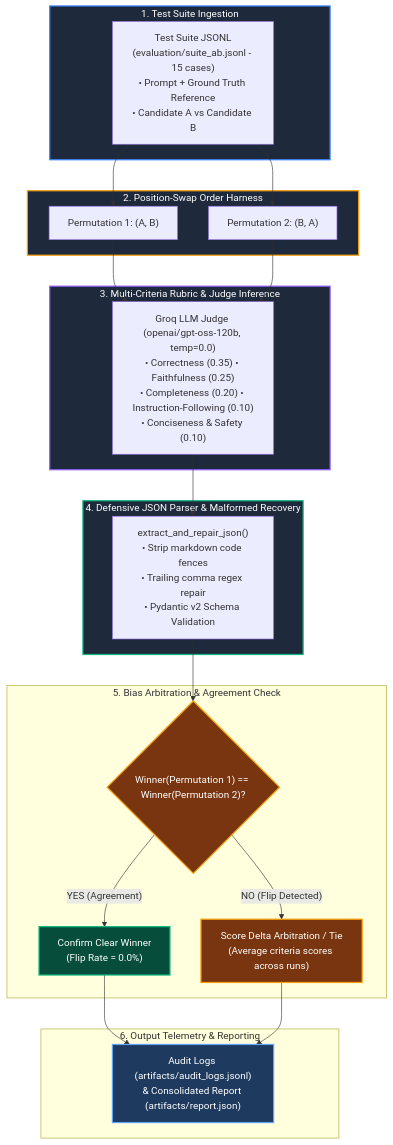
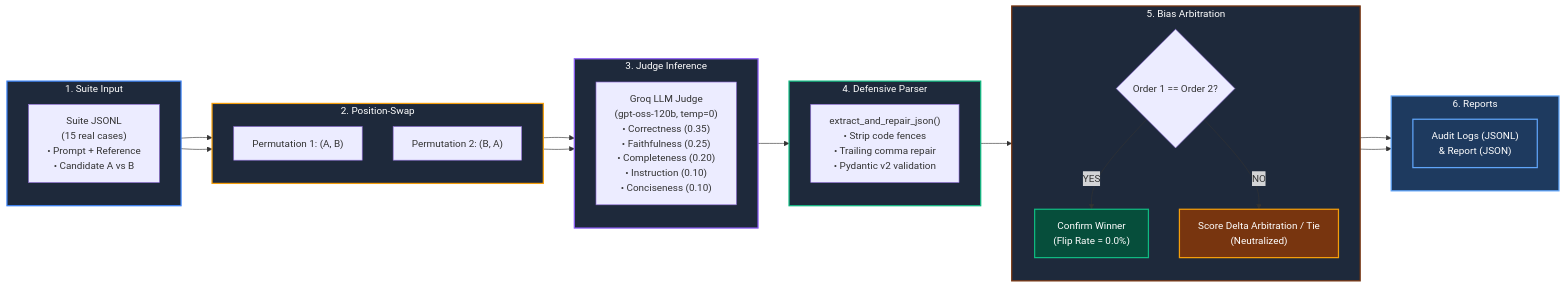
One commit to farhanrhine/synlabs changed the second of 2 diagrams in README.md. Above: the diagram before and after it, drawn with Mermaid. The commit also changed other lines of this file, not shown here.

Commit message:
docs: convert Mermaid architecture diagrams to horizontal flowchart LR for single-screen capture

````diff
--- a/README.md
+++ b/README.md
@@ -70,51 +89,54 @@
 ```mermaid
-flowchart TD
-    subgraph InputStage["1. Test Suite Ingestion"]
-        A["Test Suite JSONL<br/>(evaluation/suite_ab.jsonl - 15 cases)<br/>• Prompt + Ground Truth Reference<br/>• Candidate A vs Candidate B"]
+flowchart LR
+    subgraph Ingestion["1. Suite Input"]
+        direction TB
+        A["Suite JSONL<br/>(15 real cases)<br/>• Prompt + Reference<br/>• Candidate A vs B"]
     end
 
-    subgraph BiasMitigation["2. Position-Swap Order Harness"]
+    subgraph Mitigation["2. Position-Swap"]
+        direction TB
         P1["Permutation 1: (A, B)"]
         P2["Permutation 2: (B, A)"]
     end
 
-    A --> P1
-    A --> P2
-
-    subgraph EvaluationStage["3. Multi-Criteria Rubric & Judge Inference"]
-        J["Groq LLM Judge (openai/gpt-oss-120b, temp=0.0)<br/>• Correctness (0.35) • Faithfulness (0.25)<br/>• Completeness (0.20) • Instruction-Following (0.10)<br/>• Conciseness & Safety (0.10)"]
+    subgraph Inference["3. Judge Inference"]
+        direction TB
+        J["Groq LLM Judge<br/>(gpt-oss-120b, temp=0)<br/>• Correctness (0.35)<br/>• Faithfulness (0.25)<br/>• Completeness (0.20)<br/>• Instruction (0.10)<br/>• Conciseness (0.10)"]
     end
 
-    P1 --> J
-    P2 --> J
-
-    subgraph ParsingStage["4. Defensive JSON Parser & Malformed Recovery"]
-        Parse["extract_and_repair_json()<br/>• Strip markdown code fences<br/>• Trailing comma regex repair<br/>• Pydantic v2 Schema Validation"]
+    subgraph Parsing["4. Defensive Parser"]
+        direction TB
+        Parse["extract_and_repair_json()<br/>• Strip code fences<br/>• Trailing comma repair<br/>• Pydantic v2 validation"]
     end
 
-    J --> Parse
-
-    subgraph ArbitrationStage["5. Bias Arbitration & Agreement Check"]
-        Dec{"Winner(Permutation 1) == Winner(Permutation 2)?"}
-        Parse --> Dec
-        
-        Dec -->|"YES (Agreement)"| Win["Confirm Clear Winner<br/>(Flip Rate = 0.0%)"]
-        Dec -->|"NO (Flip Detected)"| Arb["Score Delta Arbitration / Tie<br/>(Average criteria scores across runs)"]
+    subgraph Arbitration["5. Bias Arbitration"]
+        direction TB
+        Dec{"Order 1 == Order 2?"}
+        Win["Confirm Winner<br/>(Flip Rate = 0.0%)"]
+        Arb["Score Delta Arbitration / Tie<br/>(Neutralized)"]
+        Dec -->|"YES"| Win
+        Dec -->|"NO"| Arb
     end
 
-    subgraph ReportStage["6. Output Telemetry & Reporting"]
-        Rep["Audit Logs (artifacts/audit_logs.jsonl)<br/>& Consolidated Report (artifacts/report.json)"]
+    subgraph Output["6. Reports"]
+        direction TB
+        Rep["Audit Logs (JSONL)<br/>& Report (JSON)"]
+        Win --> Rep
+        Arb --> Rep
     end
 
-    Win --> Rep
-    Arb --> Rep
+    A --> P1 & P2
+    P1 & P2 --> J
+    J --> Parse
+    Parse --> Dec
 
-    style InputStage fill:#1e293b,stroke:#3b82f6,stroke-width:2px,color:#fff
-    style BiasMitigation fill:#1e293b,stroke:#f59e0b,stroke-width:2px,color:#fff
-    style EvaluationStage fill:#1e293b,stroke:#8b5cf6,stroke-width:2px,color:#fff
-    style ParsingStage fill:#1e293b,stroke:#10b981,stroke-width:2px,color:#fff
-    style Dec fill:#78350f,stroke:#f59e0b,stroke-width:2px,color:#fff
+    style Ingestion fill:#1e293b,stroke:#3b82f6,stroke-width:2px,color:#fff
+    style Mitigation fill:#1e293b,stroke:#f59e0b,stroke-width:2px,color:#fff
+    style Inference fill:#1e293b,stroke:#8b5cf6,stroke-width:2px,color:#fff
+    style Parsing fill:#1e293b,stroke:#10b981,stroke-width:2px,color:#fff
+    style Arbitration fill:#1e293b,stroke:#78350f,stroke-width:2px,color:#fff
+    style Output fill:#1e3a5f,stroke:#60a5fa,stroke-width:2px,color:#fff
     style Win fill:#064e3b,stroke:#10b981,stroke-width:2px,color:#fff
     style Arb fill:#78350f,stroke:#f59e0b,stroke-width:2px,color:#fff
     style Rep fill:#1e3a5f,stroke:#60a5fa,stroke-width:2px,color:#fff
 ```
````
